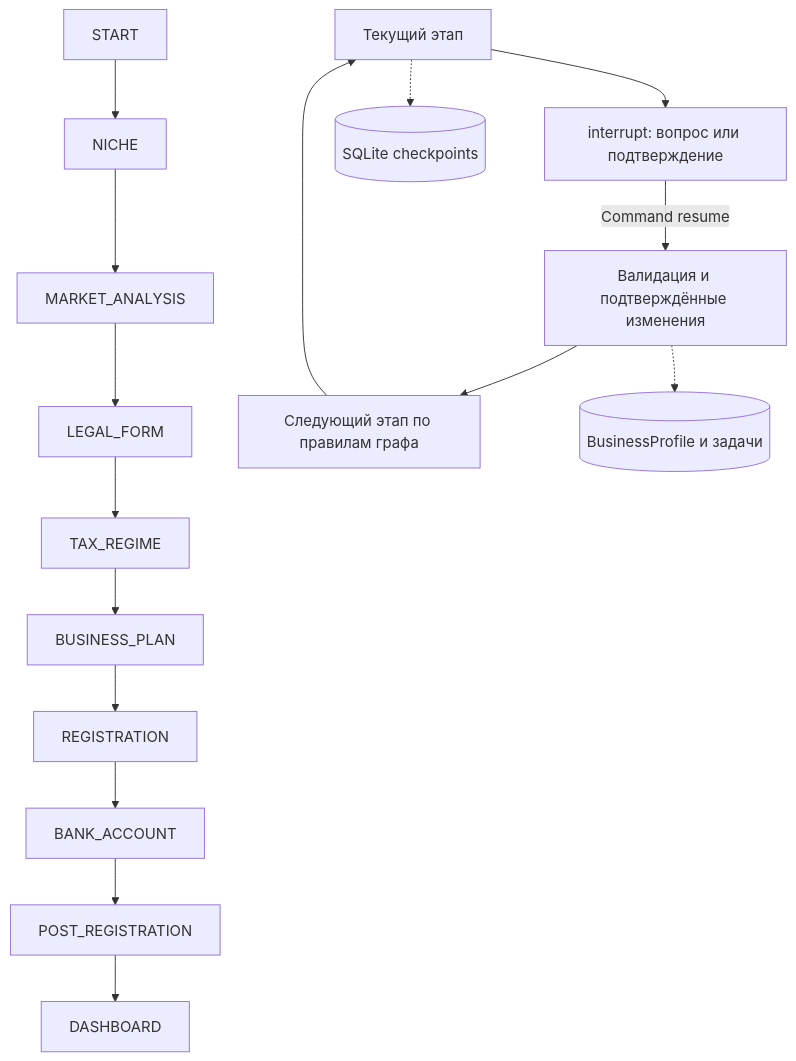
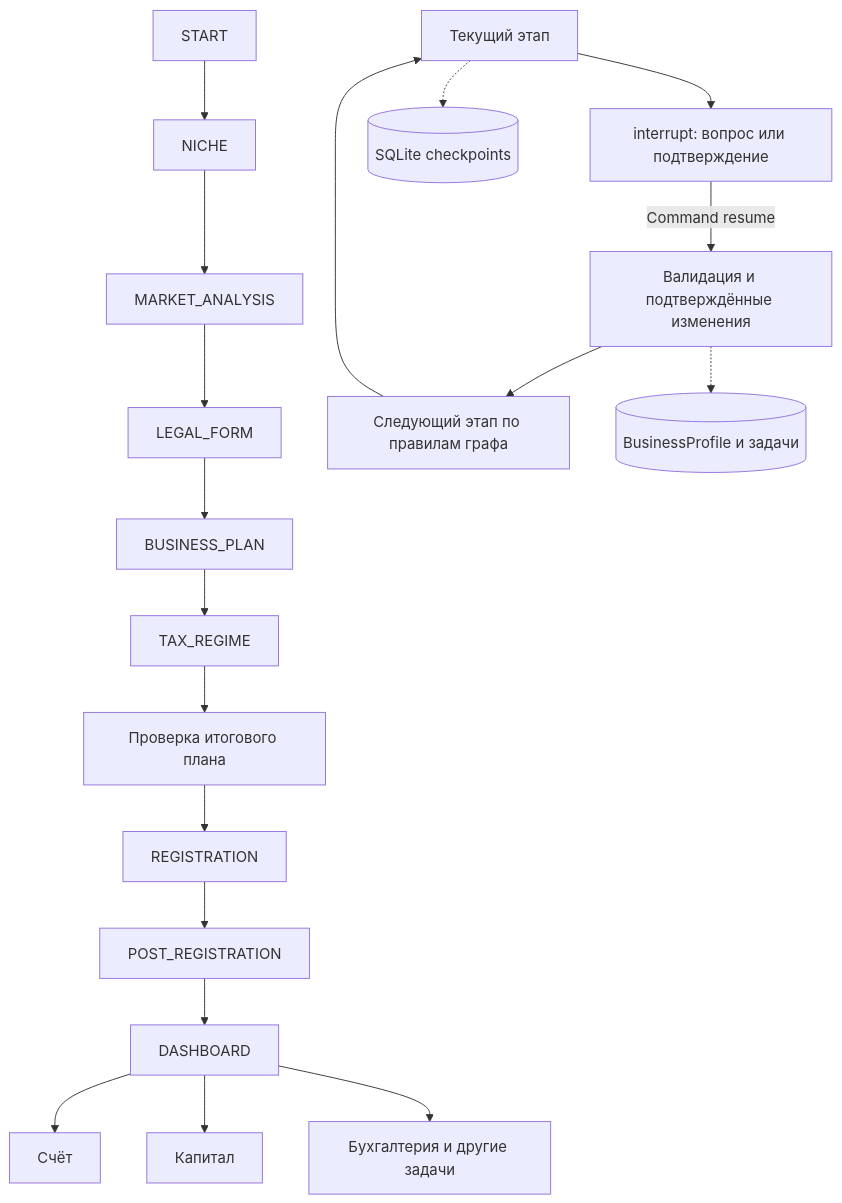
Before and after one commit to ShvetsovEgor/effective_business_bot: the diagram in README.md, drawn with Mermaid. The commit also changed other lines of this file and 17 other files, not shown here.

````diff
--- a/README.md
+++ b/README.md
@@ -75,12 +76,15 @@
 ```mermaid
 flowchart TD
-  START --> NICHE --> MARKET_ANALYSIS --> LEGAL_FORM --> TAX_REGIME
-  TAX_REGIME --> BUSINESS_PLAN --> REGISTRATION --> BANK_ACCOUNT
-  BANK_ACCOUNT --> POST_REGISTRATION --> DASHBOARD
+  START --> NICHE --> MARKET_ANALYSIS --> LEGAL_FORM --> BUSINESS_PLAN
+  BUSINESS_PLAN --> TAX_REGIME --> REVIEW[Проверка итогового плана] --> REGISTRATION
+  REGISTRATION --> POST_REGISTRATION --> DASHBOARD
+  DASHBOARD --> BANK[Счёт]
+  DASHBOARD --> CAPITAL[Капитал]
+  DASHBOARD --> BOOKS[Бухгалтерия и другие задачи]
   STAGE[Текущий этап] --> WAIT[interrupt: вопрос или подтверждение]
   WAIT -->|Command resume| APPLY[Валидация и подтверждённые изменения]
   APPLY --> ROUTE[Следующий этап по правилам графа]
   ROUTE --> STAGE
   STAGE -.-> CP[(SQLite checkpoints)]
   APPLY -.-> PROFILE[(BusinessProfile и задачи)]
 ```
````
